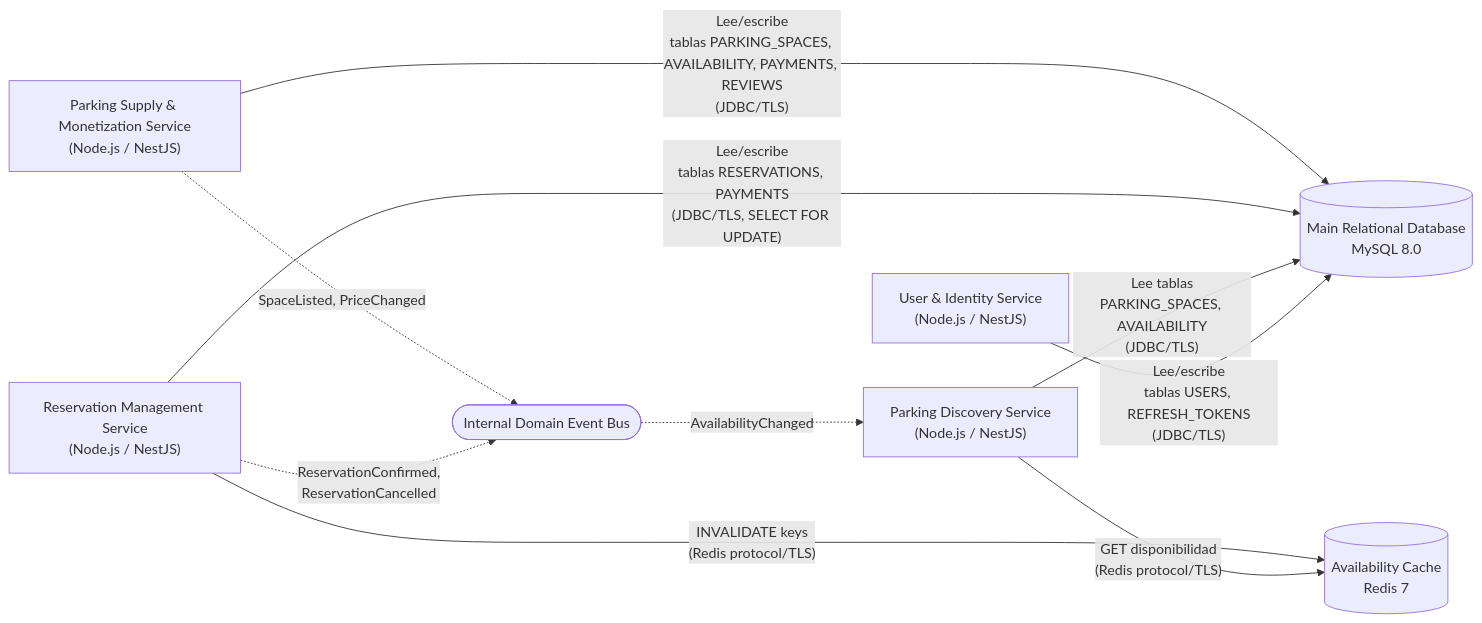
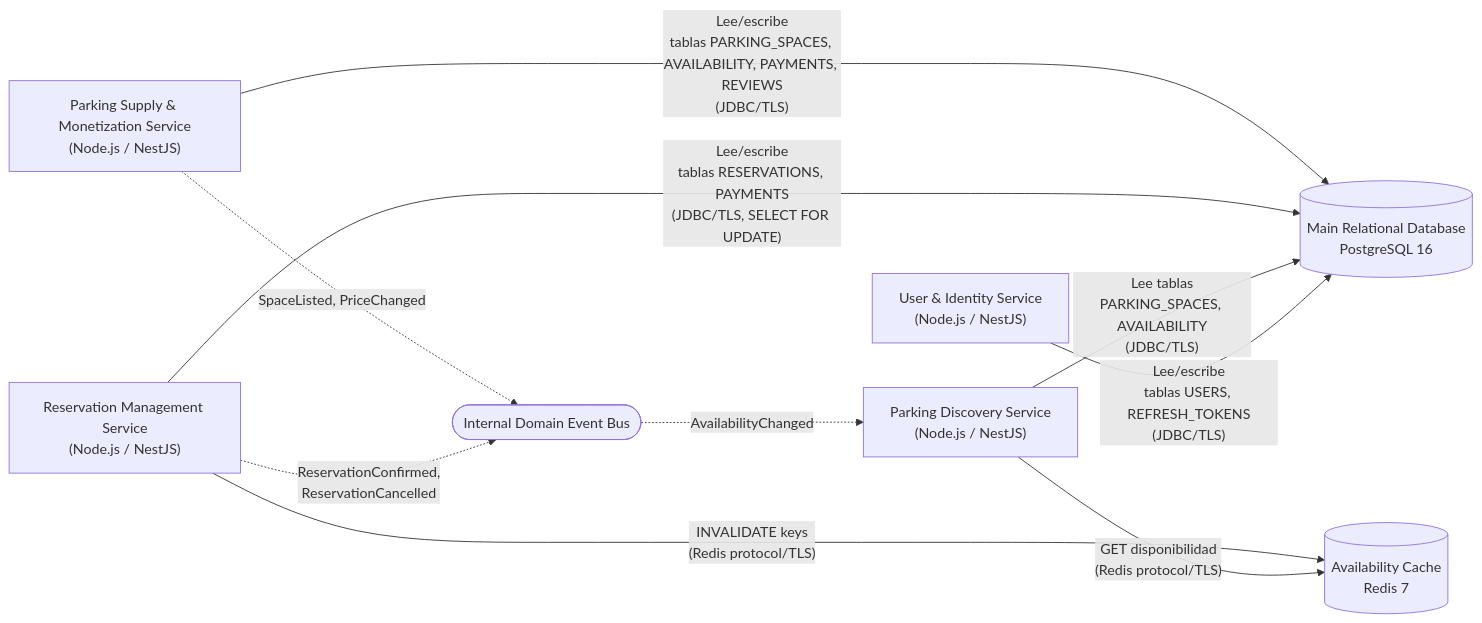
One commit to 1ASI0657-2610-17949-ParkLink/ParkLink-Report changed the second of 12 diagrams in README.md. Above: the diagram before and after it, drawn with Mermaid. The commit also changed other lines of this file, not shown here.

Commit message:
fix: actualizar referencias de MySQL a PostgreSQL en dokumentación

````diff
--- a/README.md
+++ b/README.md
@@ -1220,21 +1220,21 @@
 ```mermaid
 flowchart LR
     UserSvc["User & Identity Service<br/>(Node.js / NestJS)"]
     DiscoverySvc["Parking Discovery Service<br/>(Node.js / NestJS)"]
     ReservationSvc["Reservation Management Service<br/>(Node.js / NestJS)"]
     SupplySvc["Parking Supply &amp; Monetization Service<br/>(Node.js / NestJS)"]
     Cache[("Availability Cache<br/>Redis 7")]
-    DB[("Main Relational Database<br/>MySQL 8.0")]
+    DB[("Main Relational Database<br/>PostgreSQL 16")]
     EventBus(["Internal Domain Event Bus"])
 
     UserSvc -- "Lee/escribe<br/>tablas USERS, REFRESH_TOKENS<br/>(JDBC/TLS)" --> DB
     DiscoverySvc -- "Lee tablas<br/>PARKING_SPACES, AVAILABILITY<br/>(JDBC/TLS)" --> DB
     DiscoverySvc -- "GET disponibilidad<br/>(Redis protocol/TLS)" --> Cache
     ReservationSvc -- "Lee/escribe<br/>tablas RESERVATIONS, PAYMENTS<br/>(JDBC/TLS, SELECT FOR UPDATE)" --> DB
     ReservationSvc -- "INVALIDATE keys<br/>(Redis protocol/TLS)" --> Cache
     SupplySvc -- "Lee/escribe<br/>tablas PARKING_SPACES, AVAILABILITY, PAYMENTS, REVIEWS<br/>(JDBC/TLS)" --> DB
 
     ReservationSvc -. "ReservationConfirmed,<br/>ReservationCancelled" .-> EventBus
     SupplySvc -. "SpaceListed, PriceChanged" .-> EventBus
     EventBus -. "AvailabilityChanged" .-> DiscoverySvc
 ```
````
